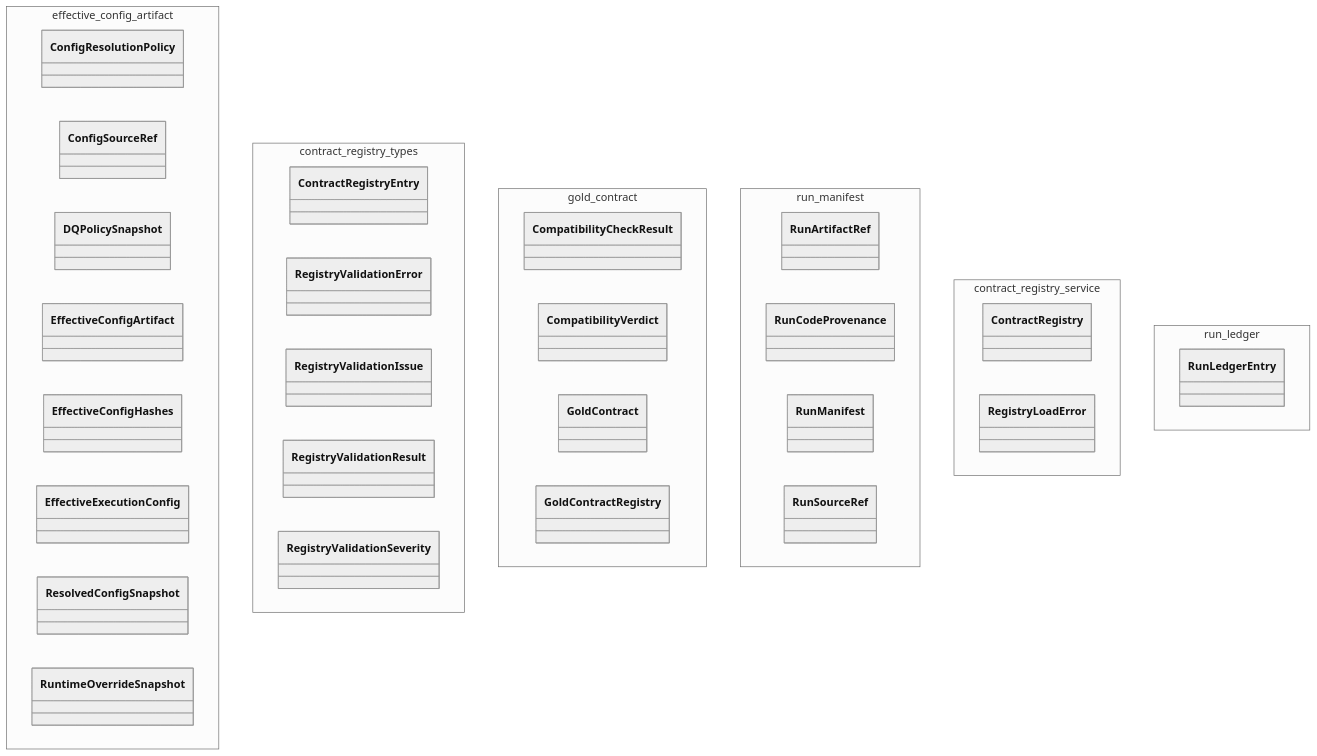
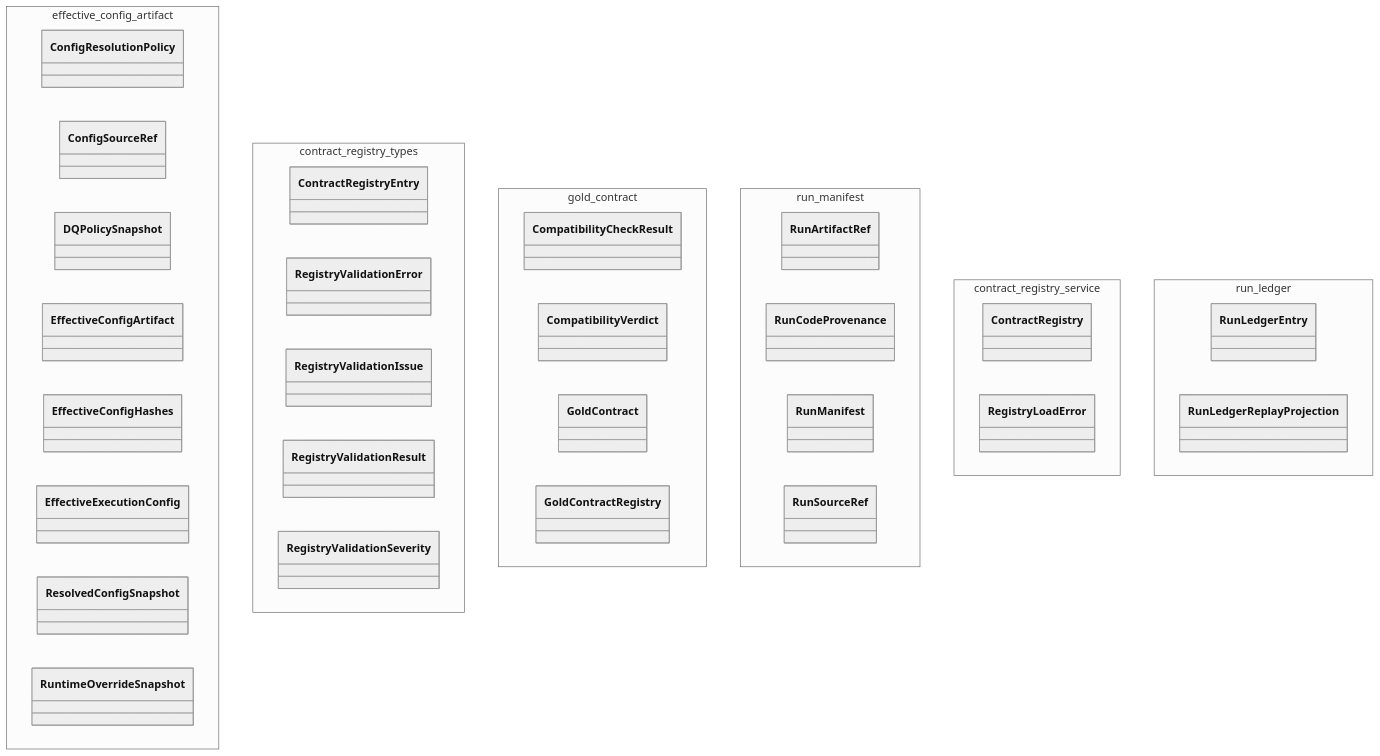
Before and after one commit to SatoryKono/BioactivityDataAcquisition: the diagram in docs/02-architecture/diagrams/class-diagrams/90-pkg-domain-control-plane.mmd, drawn with Mermaid (neutral theme). The commit also changed other lines of this file and 27 other files, not shown here.

```diff
--- a/docs/02-architecture/diagrams/class-diagrams/90-pkg-domain-control-plane.mmd
+++ b/docs/02-architecture/diagrams/class-diagrams/90-pkg-domain-control-plane.mmd
@@ -1,52 +1,53 @@
 %% Title: Package Family: domain/control_plane
 %% Covers: AST-derived supplemental package-family inventory for src/bioetl/domain/control_plane; modules: effective_config_artifact, contract_registry_types, gold_contract, run_manifest, contract_registry_service, run_ledger.
 %% Components: top-level classes grouped by source module.
-%% @version 1.0.0
+%% @version 1.1.0
 %% @type    classDiagram
-%% @date    2026-03-27
+%% @date    2026-04-02
 %% @level   Package Family / Inventory Slice
-%% @nodes   24
+%% @nodes   25
 %% @reference Generated supplemental package-family diagram. Curated class-summary remains narrative-only.
 classDiagram
 
     namespace effective_config_artifact {
         class ConfigResolutionPolicy
         class ConfigSourceRef
         class DQPolicySnapshot
         class EffectiveConfigArtifact
         class EffectiveConfigHashes
         class EffectiveExecutionConfig
         class ResolvedConfigSnapshot
         class RuntimeOverrideSnapshot
     }
 
     namespace contract_registry_types {
         class ContractRegistryEntry
         class RegistryValidationError
         class RegistryValidationIssue
         class RegistryValidationResult
         class RegistryValidationSeverity
     }
 
     namespace gold_contract {
         class CompatibilityCheckResult
         class CompatibilityVerdict
         class GoldContract
         class GoldContractRegistry
     }
 
     namespace run_manifest {
         class RunArtifactRef
         class RunCodeProvenance
         class RunManifest
         class RunSourceRef
     }
 
     namespace contract_registry_service {
         class ContractRegistry
         class RegistryLoadError
     }
 
     namespace run_ledger {
         class RunLedgerEntry
+        class RunLedgerReplayProjection
     }
```
